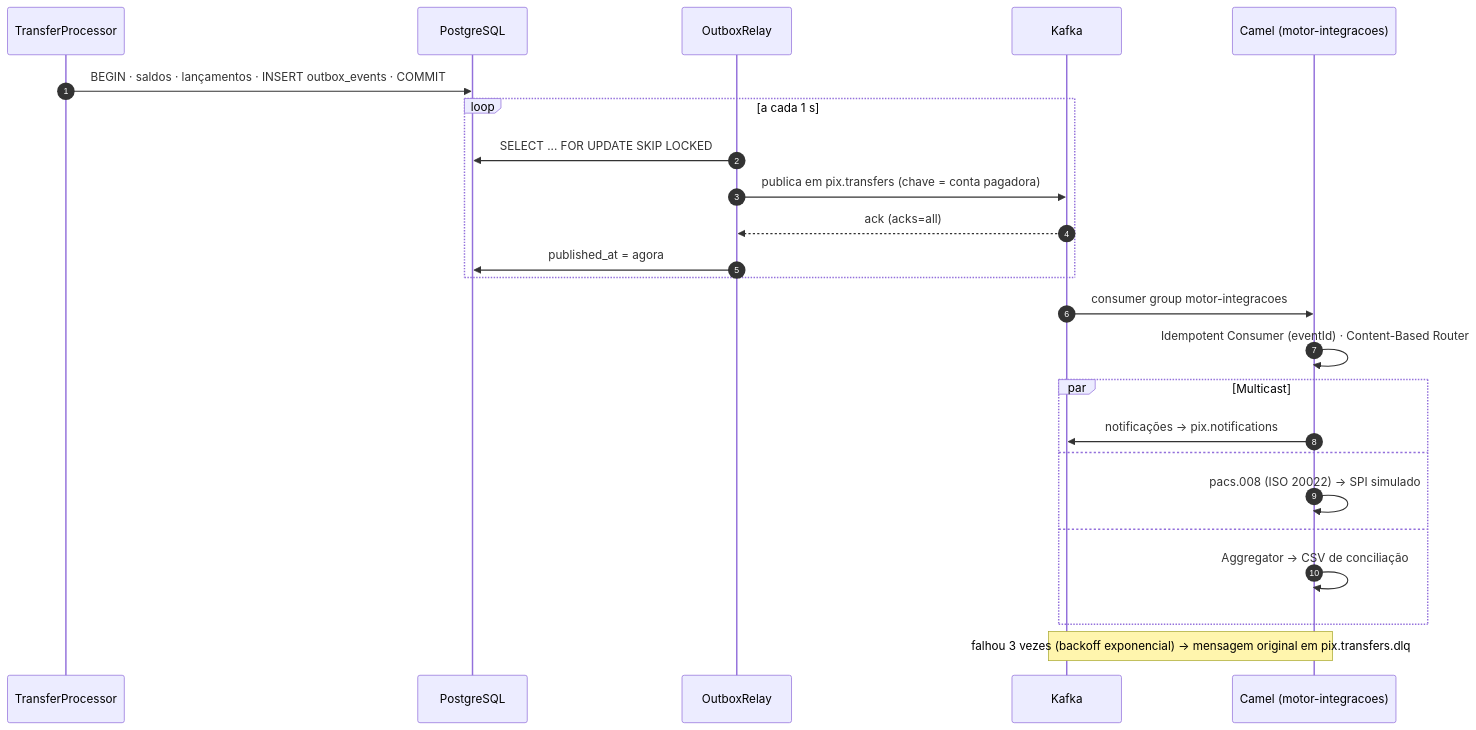
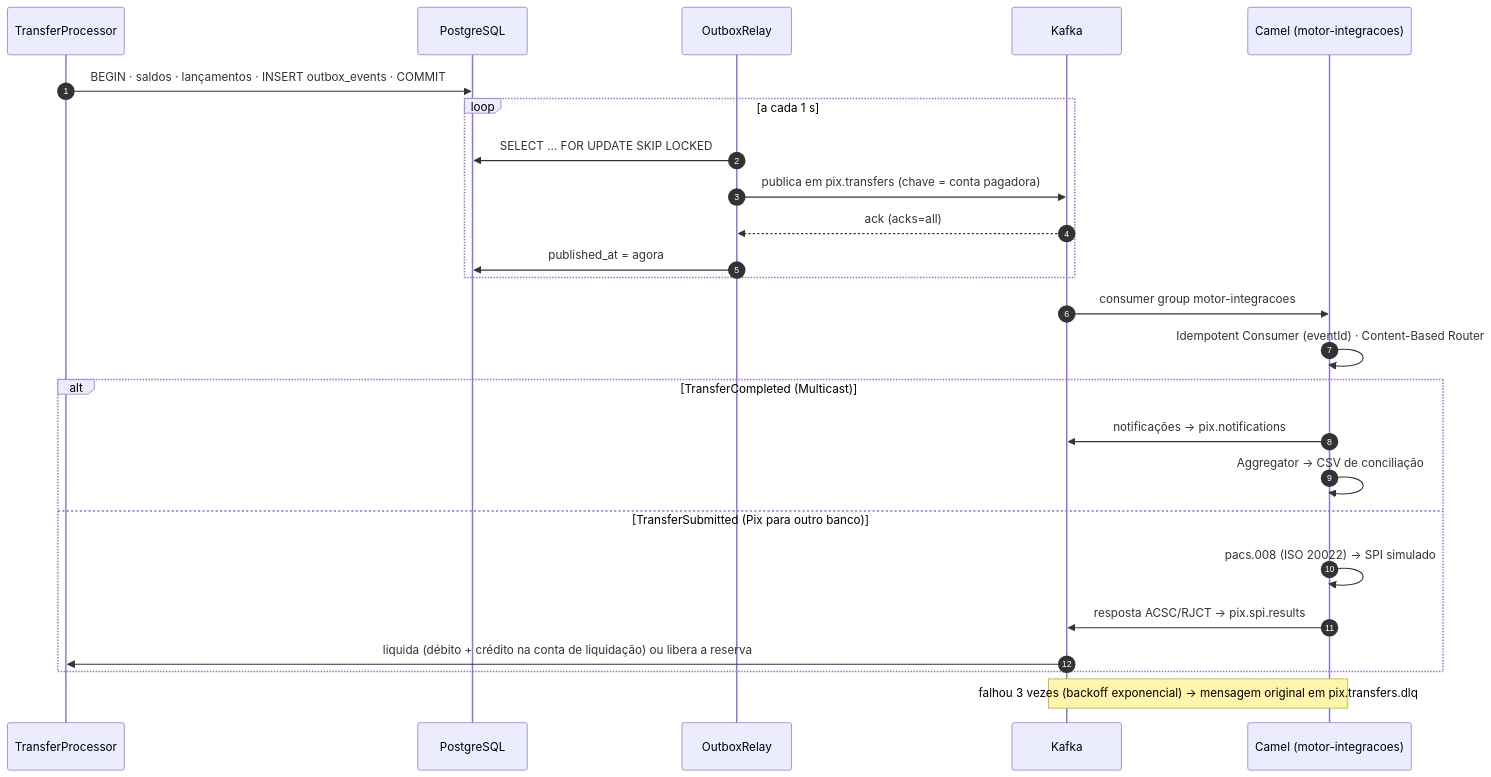
Before and after one commit to leonardobarrosx/motor-transferencias: the third of 5 diagrams in README.md, drawn with Mermaid. The commit also changed other lines of this file and 51 other files, not shown here.

First line of the commit message:
Pix para outro banco como saga: PENDING com reserva, pacs.008 ao SPI e resposta pelo Kafka [skip ci]

````diff
--- a/README.md
+++ b/README.md
@@ -275,27 +301,28 @@
 ```mermaid
 sequenceDiagram
     autonumber
     participant P as TransferProcessor
     participant DB as PostgreSQL
     participant R as OutboxRelay
     participant K as Kafka
     participant C as Camel (motor-integracoes)
 
     P->>DB: BEGIN · saldos · lançamentos · INSERT outbox_events · COMMIT
     loop a cada 1 s
         R->>DB: SELECT ... FOR UPDATE SKIP LOCKED
         R->>K: publica em pix.transfers (chave = conta pagadora)
         K-->>R: ack (acks=all)
         R->>DB: published_at = agora
     end
     K->>C: consumer group motor-integracoes
     C->>C: Idempotent Consumer (eventId) · Content-Based Router
-    par Multicast
+    alt TransferCompleted (Multicast)
         C->>K: notificações → pix.notifications
-    and
+        C->>C: Aggregator → CSV de conciliação
+    else TransferSubmitted (Pix para outro banco)
         C->>C: pacs.008 (ISO 20022) → SPI simulado
-    and
-        C->>C: Aggregator → CSV de conciliação
+        C->>K: resposta ACSC/RJCT → pix.spi.results
+        K->>P: liquida (débito + crédito na conta de liquidação) ou libera a reserva
     end
     Note over C,K: falhou 3 vezes (backoff exponencial) → mensagem original em pix.transfers.dlq
 ```
````
